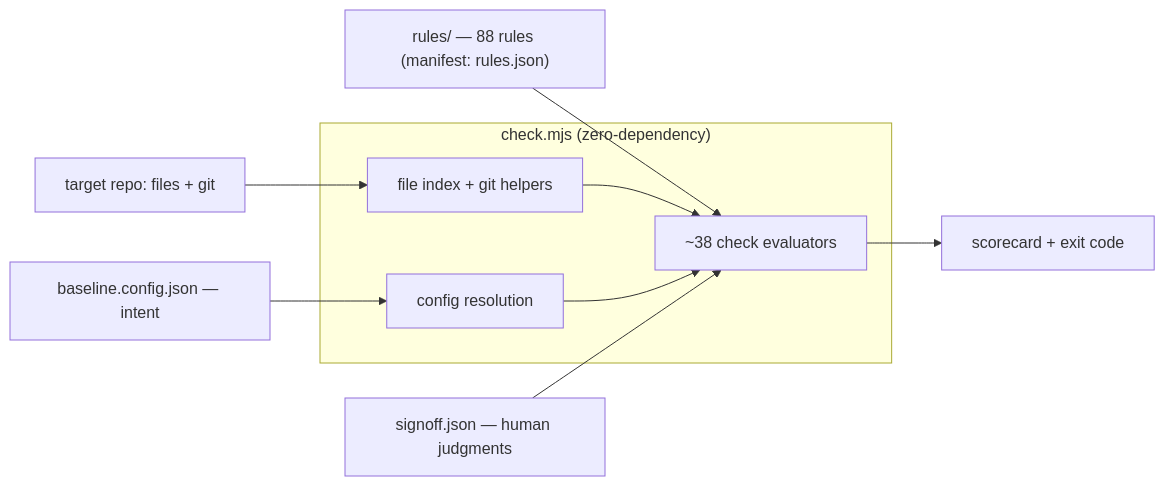
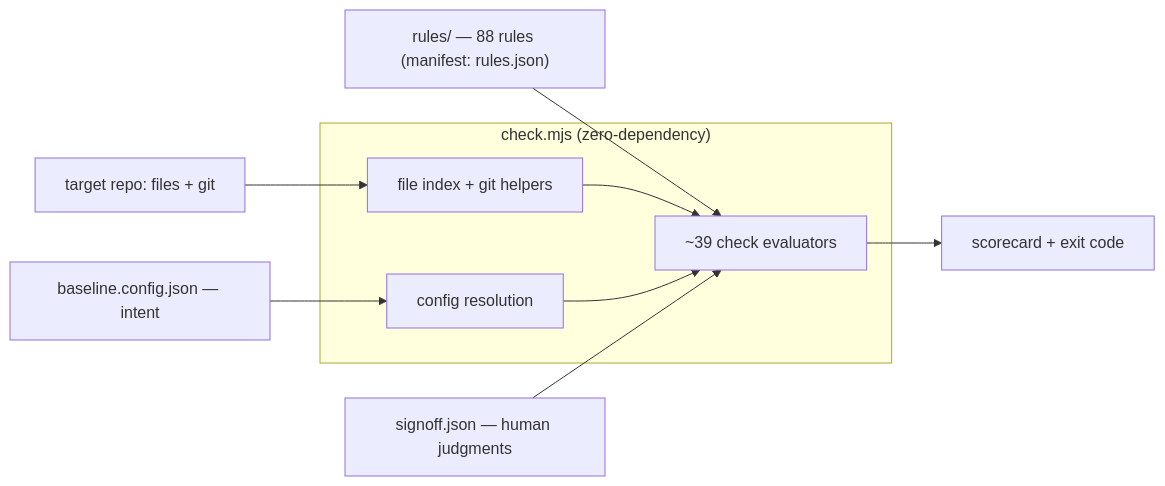
One commit to AdarGit008/baseline-skill changed the first of 3 diagrams in REFERENCE.md. Above: the diagram before and after it, drawn with Mermaid. The commit also changed other lines of this file and 4 other files, not shown here.

````diff
--- a/REFERENCE.md
+++ b/REFERENCE.md
@@ -58,12 +58,12 @@
 ```mermaid
 flowchart LR
   CFG["baseline.config.json — intent"] --> RES
   RULES["rules/ — 88 rules (manifest: rules.json)"] --> EVAL
   REPO["target repo: files + git"] --> IDX
   subgraph ENGINE["check.mjs (zero-dependency)"]
-    IDX["file index + git helpers"] --> EVAL["~38 check evaluators"]
+    IDX["file index + git helpers"] --> EVAL["~39 check evaluators"]
     RES["config resolution"] --> EVAL
   end
   SO["signoff.json — human judgments"] --> EVAL
   EVAL --> OUT["scorecard + exit code"]
 ```
````
